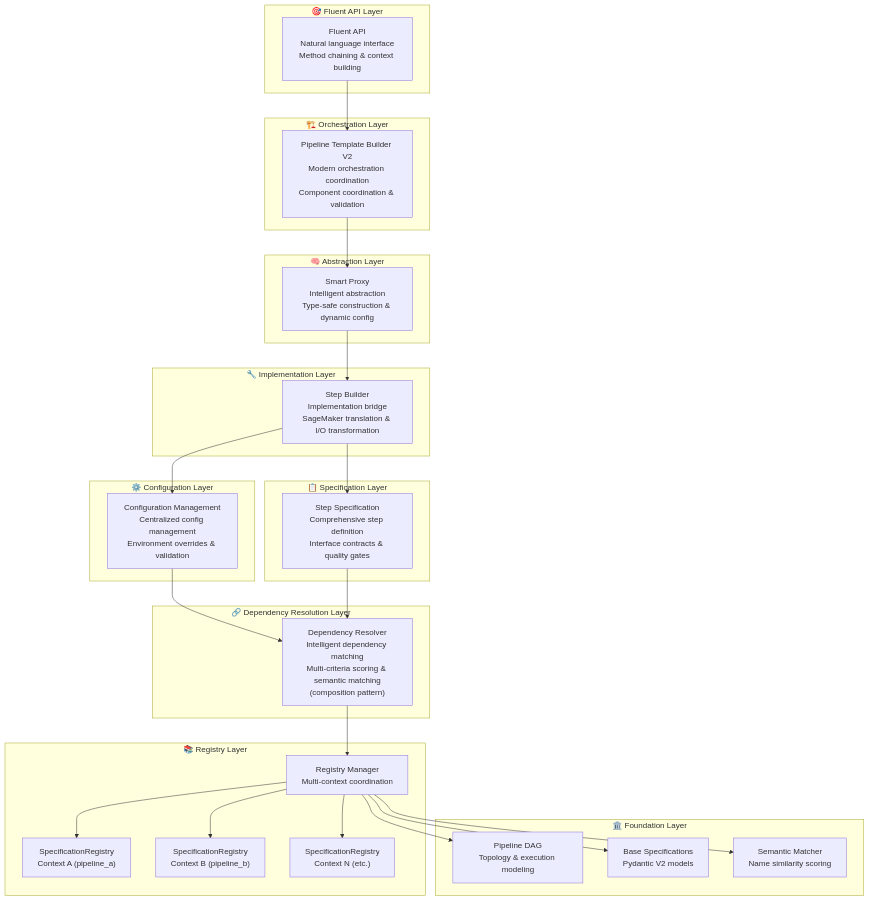
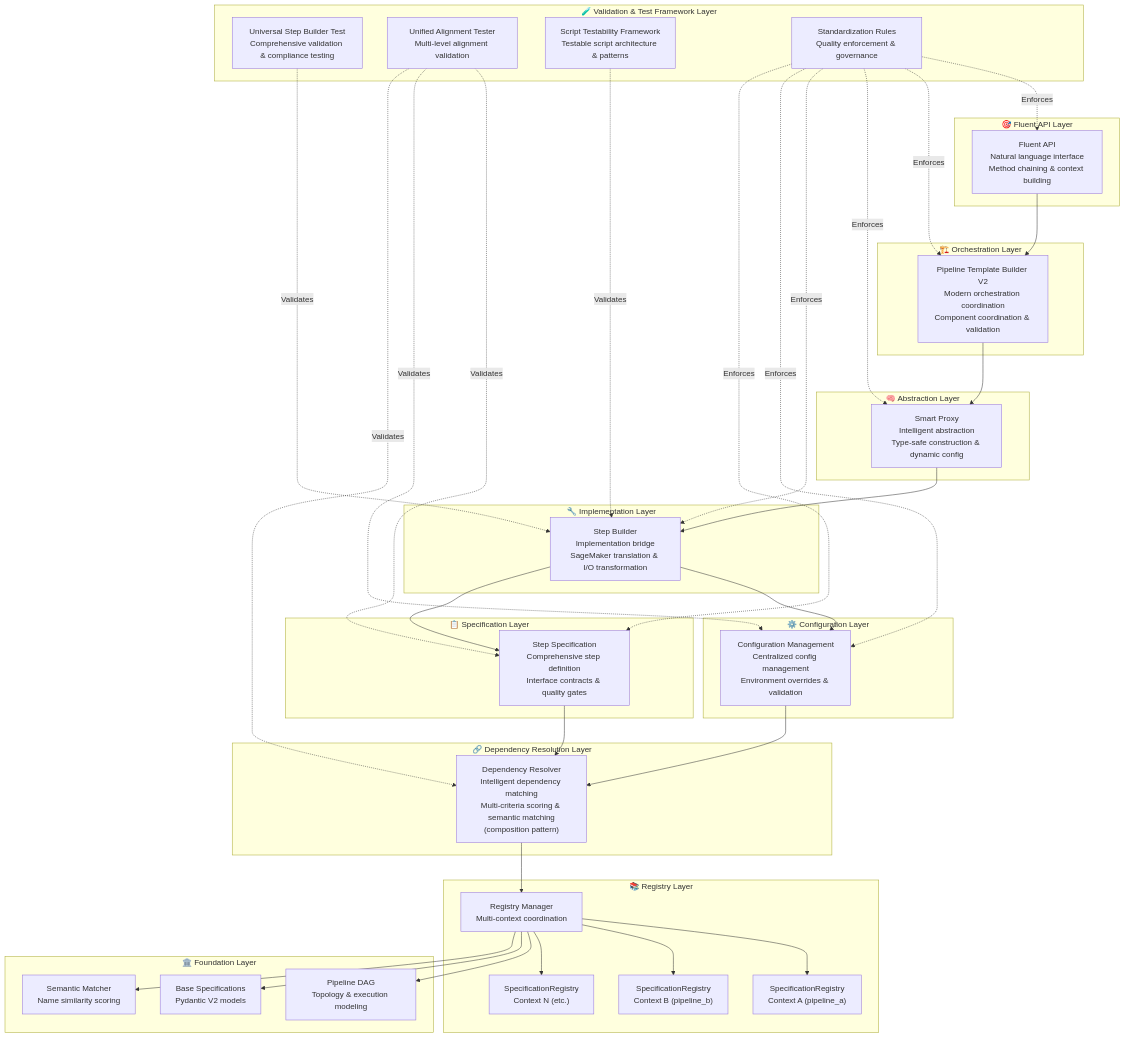
One commit to TianpeiLuke/cursus changed the first of 2 diagrams in slipbox/1_design/README.md. Above: the diagram before and after it, drawn with Mermaid.

````diff
--- a/slipbox/1_design/README.md
+++ b/slipbox/1_design/README.md
@@ -497,59 +497,80 @@
 ```mermaid
 flowchart TD
     subgraph "🎯 Fluent API Layer"
         FluentAPI["Fluent API<br/>Natural language interface<br/>Method chaining & context building"]
     end
     
     subgraph "🏗️ Orchestration Layer"
         PipelineBuilder["Pipeline Template Builder V2<br/>Modern orchestration coordination<br/>Component coordination & validation"]
     end
     
     subgraph "🧠 Abstraction Layer"
         SmartProxy["Smart Proxy<br/>Intelligent abstraction<br/>Type-safe construction & dynamic config"]
     end
     
     subgraph "🔧 Implementation Layer"
         StepBuilder["Step Builder<br/>Implementation bridge<br/>SageMaker translation & I/O transformation"]
     end
     
     subgraph "⚙️ Configuration Layer"
         Config["Configuration Management<br/>Centralized config management<br/>Environment overrides & validation"]
     end
     
     subgraph "📋 Specification Layer"
         StepSpec["Step Specification<br/>Comprehensive step definition<br/>Interface contracts & quality gates"]
+    end
+    
+    subgraph "🧪 Validation & Test Framework Layer"
+        UniversalTester["Universal Step Builder Test<br/>Comprehensive validation & compliance testing"]
+        UnifiedAlignmentTester["Unified Alignment Tester<br/>Multi-level alignment validation"]
+        ScriptTestability["Script Testability Framework<br/>Testable script architecture & patterns"]
+        StandardizationRules["Standardization Rules<br/>Quality enforcement & governance"]
     end
     
     subgraph "🔗 Dependency Resolution Layer"
         DependencyResolver["Dependency Resolver<br/>Intelligent dependency matching<br/>Multi-criteria scoring & semantic matching<br/>(composition pattern)"]
     end
     
     subgraph "📚 Registry Layer"
         RegistryManager["Registry Manager<br/>Multi-context coordination"]
         SpecReg1["SpecificationRegistry<br/>Context A (pipeline_a)"]
         SpecReg2["SpecificationRegistry<br/>Context B (pipeline_b)"]
         SpecRegN["SpecificationRegistry<br/>Context N (etc.)"]
         
         RegistryManager --> SpecReg1
         RegistryManager --> SpecReg2
         RegistryManager --> SpecRegN
     end
     
     subgraph "🏛️ Foundation Layer"
         PipelineDAG["Pipeline DAG<br/>Topology & execution modeling"]
         BaseSpecs["Base Specifications<br/>Pydantic V2 models"]
         SemanticMatcher["Semantic Matcher<br/>Name similarity scoring"]
     end
     
     FluentAPI --> PipelineBuilder
     PipelineBuilder --> SmartProxy
     SmartProxy --> StepBuilder
     StepBuilder --> Config
     StepBuilder --> StepSpec
     Config --> DependencyResolver
     StepSpec --> DependencyResolver
+    
+    %% Validation layer validates all other layers
+    UniversalTester -.->|"Validates"| StepBuilder
+    UnifiedAlignmentTester -.->|"Validates"| StepSpec
+    UnifiedAlignmentTester -.->|"Validates"| Config
+    UnifiedAlignmentTester -.->|"Validates"| DependencyResolver
+    ScriptTestability -.->|"Validates"| StepBuilder
+    StandardizationRules -.->|"Enforces"| FluentAPI
+    StandardizationRules -.->|"Enforces"| PipelineBuilder
+    StandardizationRules -.->|"Enforces"| SmartProxy
+    StandardizationRules -.->|"Enforces"| StepBuilder
+    StandardizationRules -.->|"Enforces"| Config
+    StandardizationRules -.->|"Enforces"| StepSpec
+    
     DependencyResolver --> RegistryManager
     RegistryManager --> PipelineDAG
     RegistryManager --> BaseSpecs
     RegistryManager --> SemanticMatcher
 ```
````
